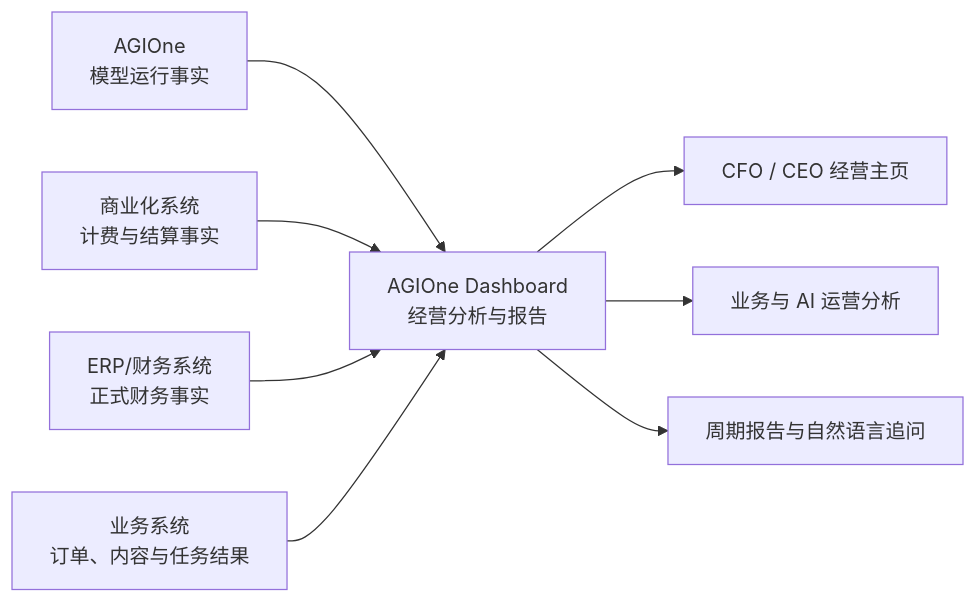
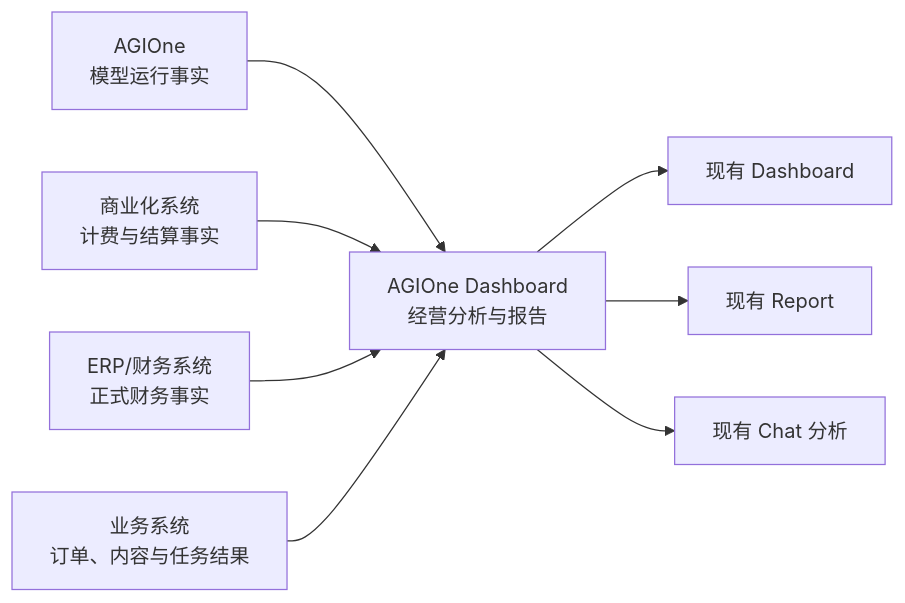
The diagram in doc/agione-dashboard-product-positioning-and-operating-analysis-architecture.md (huangwenxia/ai-web-system), drawn with Mermaid before and after one commit. The commit also changed other lines of this file and 5 other files, not shown here.

````diff
--- a/doc/agione-dashboard-product-positioning-and-operating-analysis-architecture.md
+++ b/doc/agione-dashboard-product-positioning-and-operating-analysis-architecture.md
@@ -145,10 +86,10 @@
 ```mermaid
 flowchart LR
     A[AGIOne<br/>模型运行事实] --> D[AGIOne Dashboard<br/>经营分析与报告]
     B[商业化系统<br/>计费与结算事实] --> D
     C[ERP/财务系统<br/>正式财务事实] --> D
     E[业务系统<br/>订单、内容与任务结果] --> D
-    D --> F[CFO / CEO 经营主页]
-    D --> G[业务与 AI 运营分析]
-    D --> H[周期报告与自然语言追问]
+    D --> F[现有 Dashboard]
+    D --> G[现有 Report]
+    D --> H[现有 Chat 分析]
 ```
````
